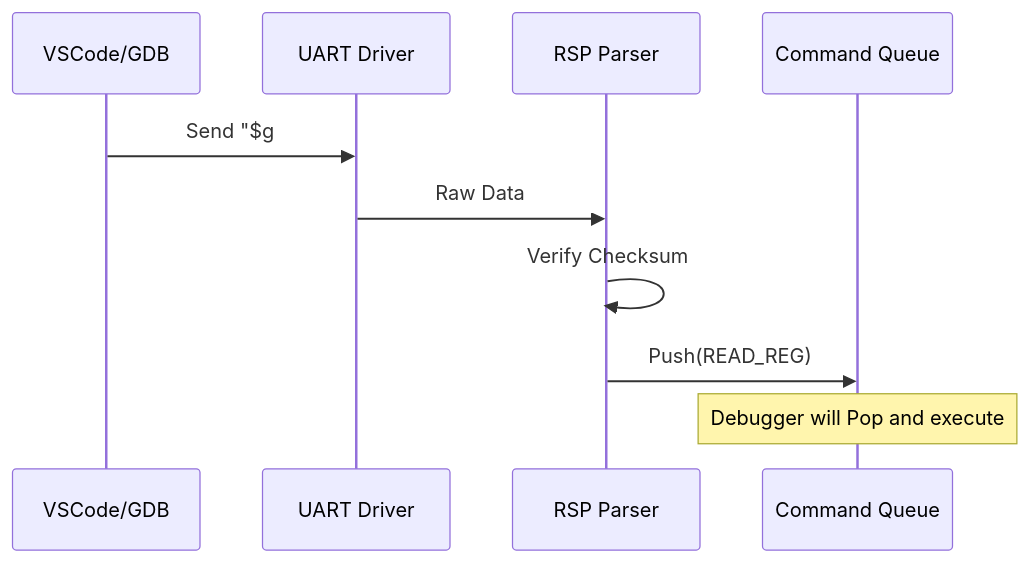
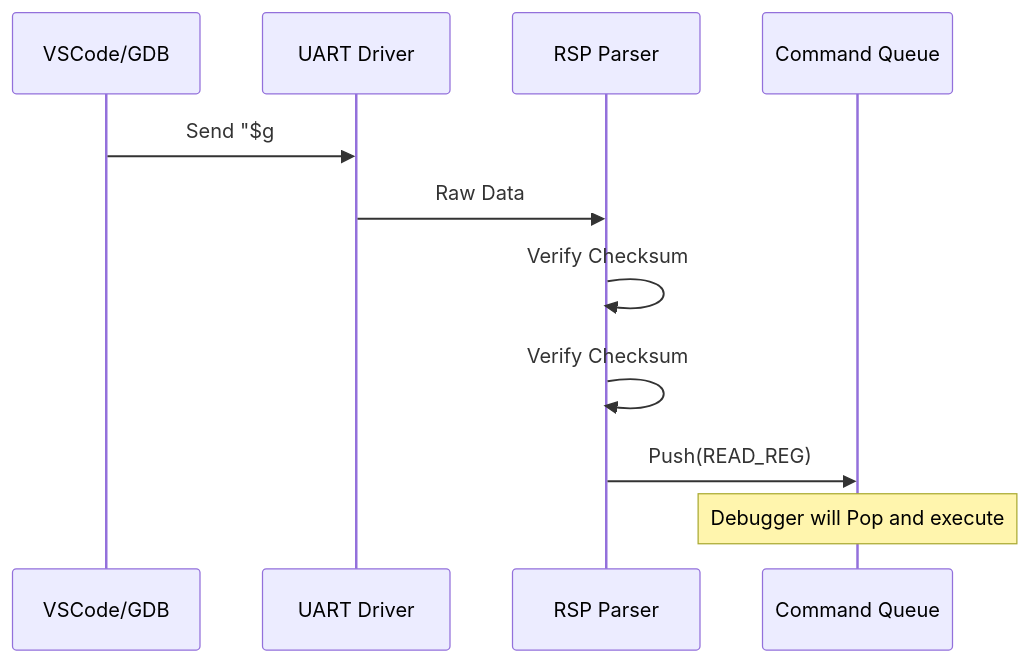
One commit to kmt-t/fireball changed the third of 3 diagrams in docs/components/hal.md. Above: the diagram before and after it, drawn with Mermaid. The commit also changed other lines of this file and 23 other files, not shown here.

````diff
--- a/docs/components/hal.md
+++ b/docs/components/hal.md
@@ -71,13 +71,14 @@
 ```mermaid
 sequenceDiagram
     participant Host as VSCode/GDB
     participant UART as UART Driver
     participant RSP as RSP Parser
     participant Q as Command Queue
     
     Host->>UART: Send "$g#67"
     UART->>RSP: Raw Data
     RSP->>RSP: Verify Checksum
+    RSP->>RSP: Verify Checksum
     RSP->>Q: Push(READ_REG)
     Note over Q: Debugger will Pop and execute
 ```
````
